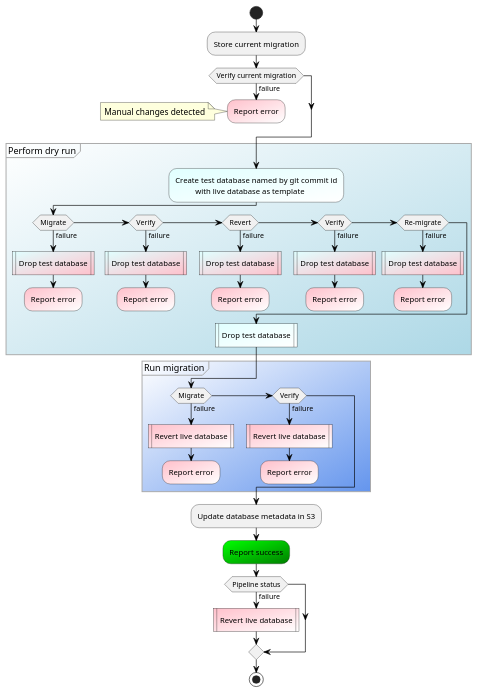
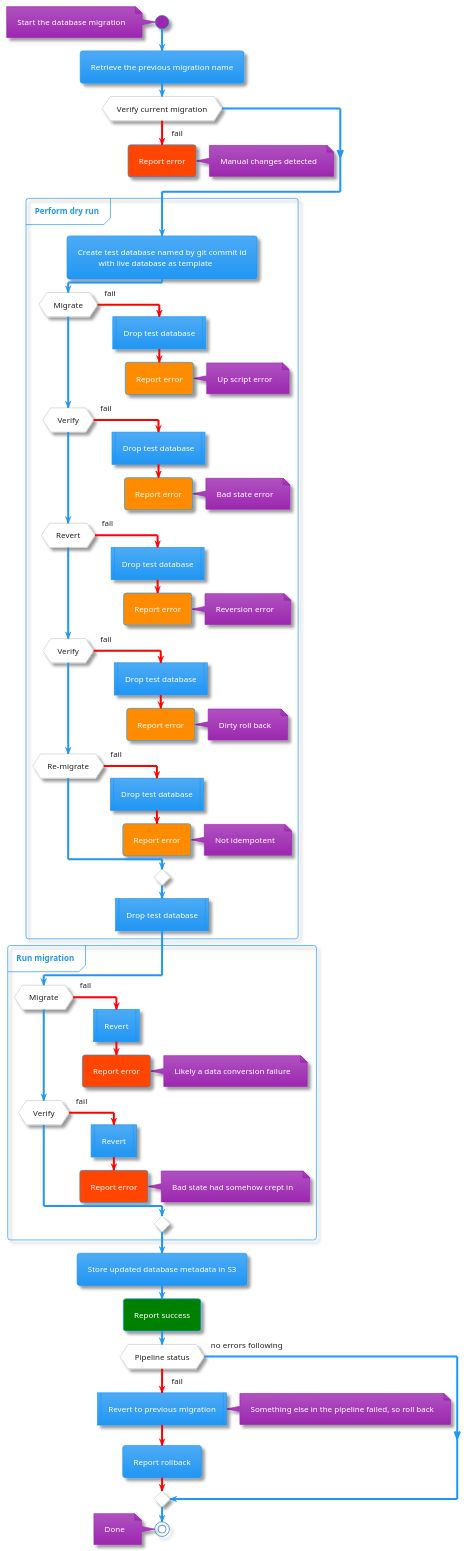
Before and after one commit to ttfkam/gs2021: the diagram in docs/database_migrations.puml, drawn with PlantUML. The commit also changed 2 other files, not shown here.

Commit message:
Updated docs and added monorepo diagram

```diff
--- a/docs/database_migrations.puml
+++ b/docs/database_migrations.puml
@@ -1,62 +1,93 @@
 @startuml Database migration
+!theme materia
 
-skinparam {
-  ArrowColor black
-  PartitionBorderColor darkgray
-}
+!pragma useVerticalIf on
 
 start
-:Store current migration;
-if (Verify current migration) then (failure)
-  #pink/white:Report error;
-  note left: Manual changes detected
+note left: Start the database migration
+
+:Retrieve the previous migration name;
+if (Verify current migration) then (fail)
+  -[#red]->
+  #orangered:Report error;
+  note right: Manual changes detected
   kill
 endif
 
-partition #white/lightblue "Perform dry run" {
-  #lightcyan/white:Create test database named by git commit id
+partition "**Perform dry run**" {
+  :Create test database named by git commit id
             with live database as template;
-  if (Migrate) then (failure)
-    #lightcyan/pink:Drop test database|
-    #pink/white:Report error;
+  if (Migrate) then (fail)
+    -[#red]->
+    :Drop test database|
+    -[#red]->
+    #darkorange:Report error;
+    note right: Up script error
     kill
-  elseif (Verify) then (failure)
-    #lightcyan/pink:Drop test database|
-    #pink/white:Report error;
+  elseif (Verify) then (fail)
+    -[#red]->
+    :Drop test database|
+    -[#red]->
+    #darkorange:Report error;
+    note right: Bad state error
     kill
-  elseif (Revert) then (failure)
-    #lightcyan/pink:Drop test database|
-    #pink/white:Report error;
+  elseif (Revert) then (fail)
+    -[#red]->
+    :Drop test database|
+    -[#red]->
+    #darkorange:Report error;
+    note right: Reversion error
     kill
-  elseif (Verify) then (failure)
-    #lightcyan/pink:Drop test database|
-    #pink/white:Report error;
+  elseif (Verify) then (fail)
+    -[#red]->
+    :Drop test database|
+    -[#red]->
+    #darkorange:Report error;
+    note right: Dirty roll back
     kill
-  elseif (Re-migrate) then (failure)
-    #lightcyan/pink:Drop test database|
-    #pink/white:Report error;
+  elseif (Re-migrate) then (fail)
+    -[#red]->
+    :Drop test database|
+    -[#red]->
+    #darkorange:Report error;
+    note right: Not idempotent
     kill
   else
   endif
-  #lightcyan/white:Drop test database|
+  :Drop test database|
 }
 
-partition #white/cornflowerblue "Run migration" {
-  if (Migrate) then (failure)
-    #pink/white:Revert live database|
-    #pink/white:Report error;
+partition "**Run migration**" {
+  if (Migrate) then (fail)
+    -[#red]->
+    :Revert|
+    -[#red]->
+    #orangered:Report error;
+    note right: Likely a data conversion failure
     kill
-  elseif (Verify) then (failure)
-    #pink/white:Revert live database|
-    #pink/white:Report error;
+  elseif (Verify) then (fail)
+    -[#red]->
+    :Revert|
+    -[#red]->
+    #orangered:Report error;
+    note right: Bad state had somehow crept in
     kill
   endif
 }
 
-:Update database metadata in S3;
-#lime/green:Report success;
-if (Pipeline status) then (failure)
-  #pink/white:Revert live database|
+:Store updated database metadata in S3;
+#green:Report success;
+if (Pipeline status) then (fail)
+  -[#red]->
+  :Revert to previous migration|
+  note right: Something else in the pipeline failed, so roll back
+  -[#red]->
+  :Report rollback;
+  -[#red]->
+else (no errors following)
 endif
+
 stop
+note left: Done
+
 @enduml
```
